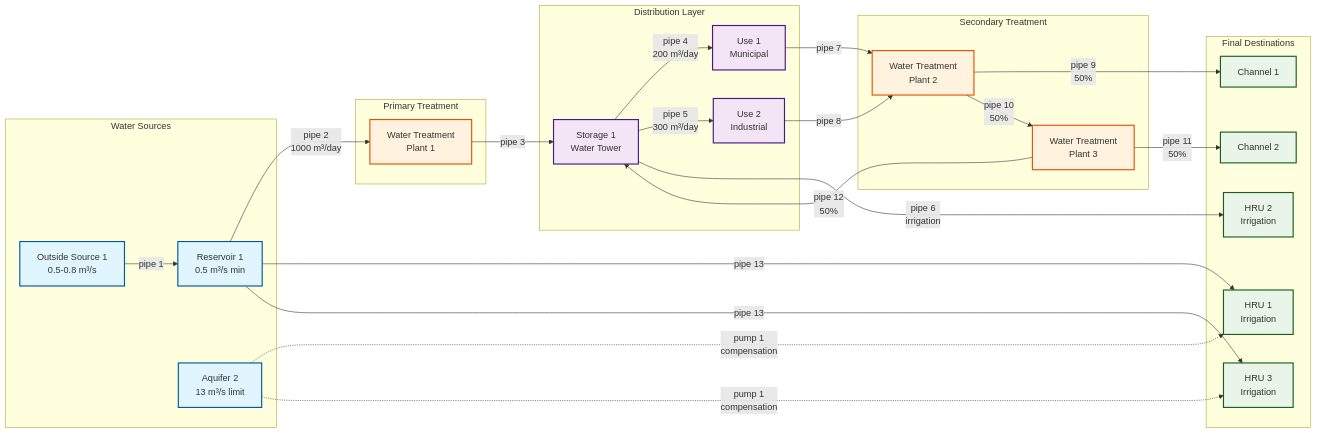
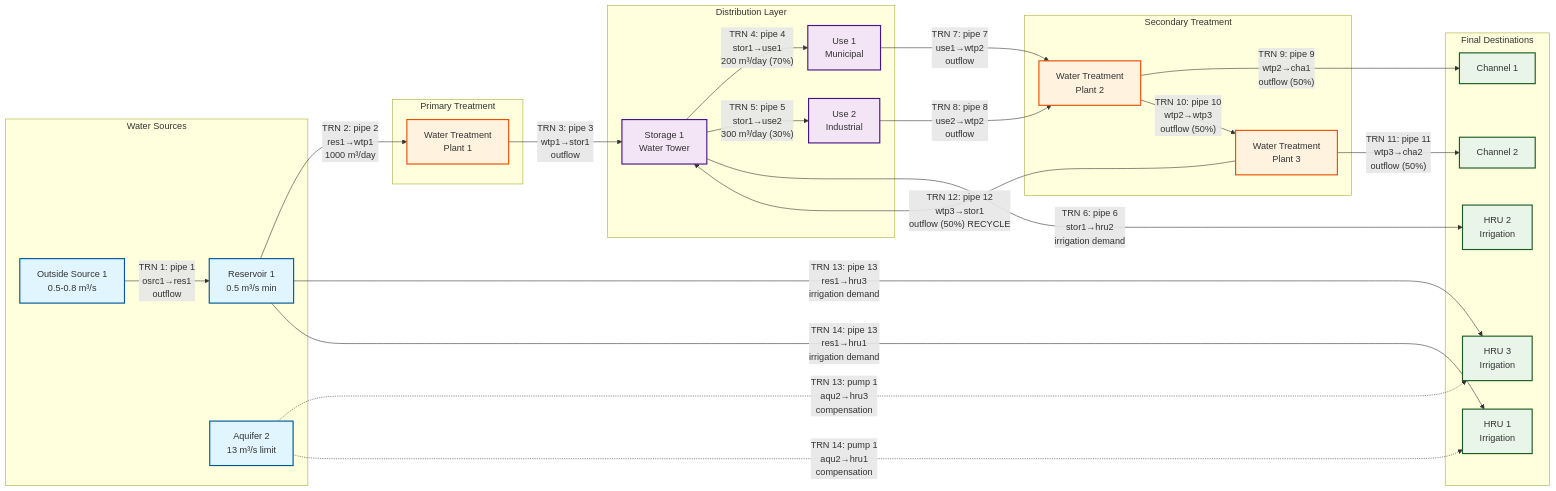
One commit to tugraskan/swatplus_ug changed the diagram in doc/water_allocation_flowchart.md. Above: the diagram before and after it, drawn with Mermaid. The commit also changed other lines of this file, not shown here.

Commit message:
Improve flowchart with explicit pipe connections and transfer numbers

```diff
--- a/doc/water_allocation_flowchart.md
+++ b/doc/water_allocation_flowchart.md
@@ -38,31 +38,50 @@
         HRU3[HRU 3<br/>Irrigation]
     end
 
-    %% Primary flows (left to right)
-    OSRC1 -->|pipe 1| RES1
-    RES1 -->|pipe 2<br/>1000 m³/day| WTP1
-    WTP1 -->|pipe 3| STOR1
+    %% Transfer connections based on water_allocation.wro
+    %% TRN_NUM 1: osrc 1 → res 1 via pipe 1
+    OSRC1 -->|"TRN 1: pipe 1<br/>osrc1→res1<br/>outflow"| RES1
     
-    %% Distribution splits
-    STOR1 -->|pipe 4<br/>200 m³/day| USE1
-    STOR1 -->|pipe 5<br/>300 m³/day| USE2
-    STOR1 -->|pipe 6<br/>irrigation| HRU2
+    %% TRN_NUM 2: res 1 → wtp 1 via pipe 2
+    RES1 -->|"TRN 2: pipe 2<br/>res1→wtp1<br/>1000 m³/day"| WTP1
     
-    %% Secondary treatment flows
-    USE1 -->|pipe 7| WTP2
-    USE2 -->|pipe 8| WTP2
-    WTP2 -->|pipe 9<br/>50%| CHA1
-    WTP2 -->|pipe 10<br/>50%| WTP3
+    %% TRN_NUM 3: wtp 1 → stor 1 via pipe 3
+    WTP1 -->|"TRN 3: pipe 3<br/>wtp1→stor1<br/>outflow"| STOR1
     
-    %% Final distribution
-    WTP3 -->|pipe 11<br/>50%| CHA2
-    WTP3 -->|pipe 12<br/>50%| STOR1
+    %% TRN_NUM 4: stor 1 → use 1 via pipe 4
+    STOR1 -->|"TRN 4: pipe 4<br/>stor1→use1<br/>200 m³/day (70%)"| USE1
     
-    %% Direct irrigation with compensation
-    RES1 -->|pipe 13| HRU1
-    RES1 -->|pipe 13| HRU3
-    AQU2 -.->|pump 1<br/>compensation| HRU1
-    AQU2 -.->|pump 1<br/>compensation| HRU3
+    %% TRN_NUM 5: stor 1 → use 2 via pipe 5
+    STOR1 -->|"TRN 5: pipe 5<br/>stor1→use2<br/>300 m³/day (30%)"| USE2
+    
+    %% TRN_NUM 6: stor 1 → hru 2 via pipe 6
+    STOR1 -->|"TRN 6: pipe 6<br/>stor1→hru2<br/>irrigation demand"| HRU2
+    
+    %% TRN_NUM 7: use 1 → wtp 2 via pipe 7
+    USE1 -->|"TRN 7: pipe 7<br/>use1→wtp2<br/>outflow"| WTP2
+    
+    %% TRN_NUM 8: use 2 → wtp 2 via pipe 8
+    USE2 -->|"TRN 8: pipe 8<br/>use2→wtp2<br/>outflow"| WTP2
+    
+    %% TRN_NUM 9: wtp 2 → cha 1 via pipe 9
+    WTP2 -->|"TRN 9: pipe 9<br/>wtp2→cha1<br/>outflow (50%)"| CHA1
+    
+    %% TRN_NUM 10: wtp 2 → wtp 3 via pipe 10
+    WTP2 -->|"TRN 10: pipe 10<br/>wtp2→wtp3<br/>outflow (50%)"| WTP3
+    
+    %% TRN_NUM 11: wtp 3 → cha 2 via pipe 11
+    WTP3 -->|"TRN 11: pipe 11<br/>wtp3→cha2<br/>outflow (50%)"| CHA2
+    
+    %% TRN_NUM 12: wtp 3 → stor 1 via pipe 12 (recycle)
+    WTP3 -->|"TRN 12: pipe 12<br/>wtp3→stor1<br/>outflow (50%) RECYCLE"| STOR1
+    
+    %% TRN_NUM 13: res 1 + aqu 2 → hru 3 via pipe 13 + pump 1
+    RES1 -->|"TRN 13: pipe 13<br/>res1→hru3<br/>irrigation demand"| HRU3
+    AQU2 -.->|"TRN 13: pump 1<br/>aqu2→hru3<br/>compensation"| HRU3
+    
+    %% TRN_NUM 14: res 1 + aqu 2 → hru 1 via pipe 13 + pump 1
+    RES1 -->|"TRN 14: pipe 13<br/>res1→hru1<br/>irrigation demand"| HRU1
+    AQU2 -.->|"TRN 14: pump 1<br/>aqu2→hru1<br/>compensation"| HRU1
 
     %% Styling
     classDef sourceClass fill:#e1f5fe,stroke:#01579b,stroke-width:2px
```
